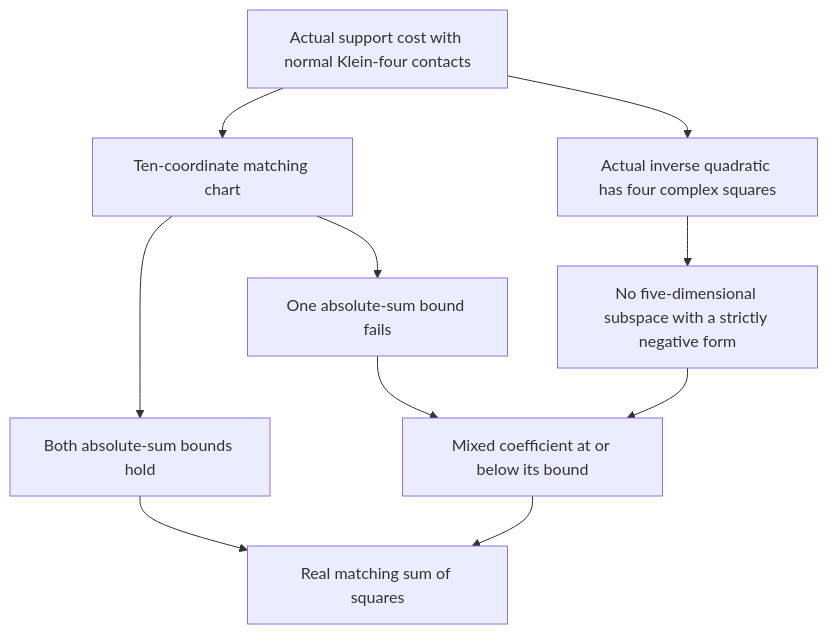
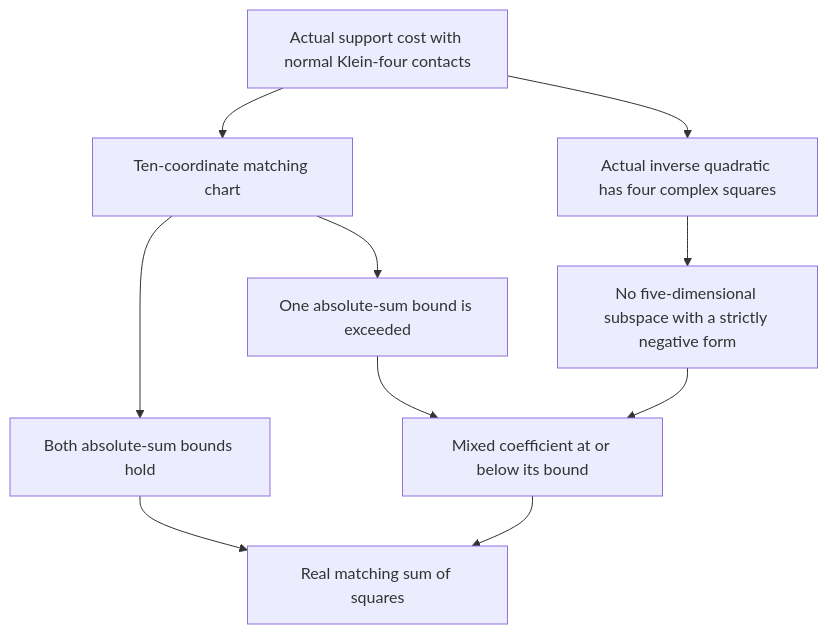
Before and after one commit to ascendnoosphere/MOC: the diagram in Docs/order-four-klein-four-matching-squares-proof-map.md, drawn with Mermaid. The commit also changed other lines of this file and 42 other files, not shown here.

````diff
--- a/Docs/order-four-klein-four-matching-squares-proof-map.md
+++ b/Docs/order-four-klein-four-matching-squares-proof-map.md
@@ -14,20 +14,20 @@
 ```mermaid
 flowchart TD
     Contacts["Actual support cost with normal Klein-four contacts"]
     Chart["Ten-coordinate matching chart"]
     Ordinary["Both absolute-sum bounds hold"]
-    Mixed["One absolute-sum bound fails"]
+    Mixed["One absolute-sum bound is exceeded"]
     Source["Actual inverse quadratic has four complex squares"]
     Prism["No five-dimensional subspace with a strictly negative form"]
     Threshold["Mixed coefficient at or below its bound"]
     Squares["Real matching sum of squares"]
     Contacts --> Chart
     Contacts --> Source
     Chart --> Ordinary
     Chart --> Mixed
     Source --> Prism
     Ordinary --> Squares
     Mixed --> Threshold
     Prism --> Threshold
     Threshold --> Squares
 ```
````
